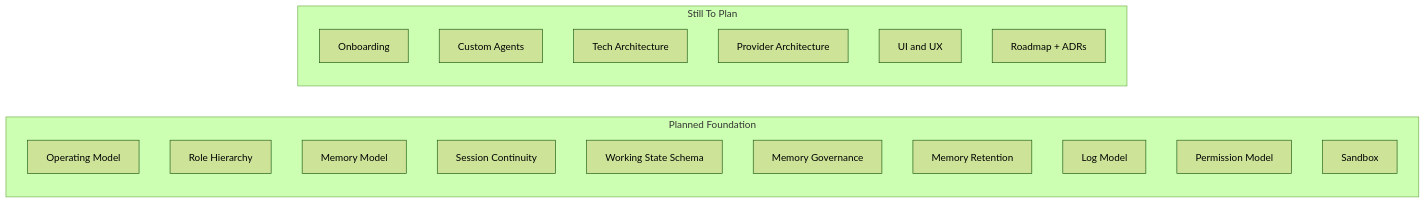
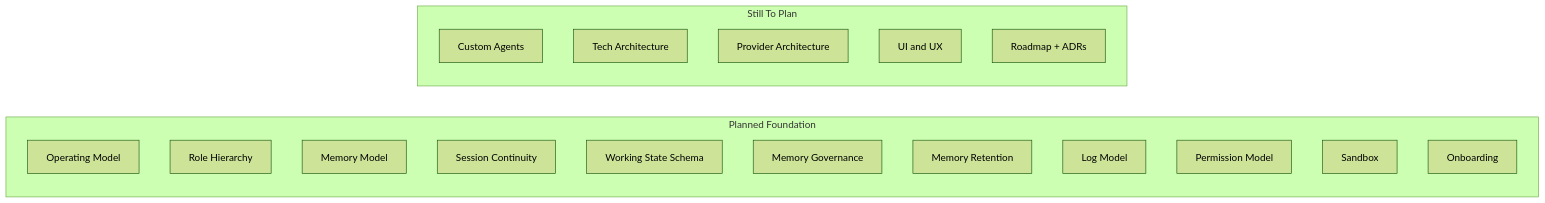
Before and after one commit to wessel05j/PAOS: the diagram in docs/planning-status.md, drawn with Mermaid (forest theme). The commit also changed other lines of this file and 4 other files, not shown here.

````diff
--- a/docs/planning-status.md
+++ b/docs/planning-status.md
@@ -49,24 +48,24 @@
 ```mermaid
 flowchart LR
     subgraph Stable["Planned Foundation"]
         OM[Operating Model]
         RH[Role Hierarchy]
         MM[Memory Model]
         SC[Session Continuity]
         WS[Working State Schema]
         MG[Memory Governance]
         MR[Memory Retention]
         LM[Log Model]
         PM[Permission Model]
         SB[Sandbox]
+        OB[Onboarding]
     end
 
     subgraph Open["Still To Plan"]
-        OB[Onboarding]
         CA[Custom Agents]
         TA[Tech Architecture]
         PA[Provider Architecture]
         UX[UI and UX]
         RD[Roadmap + ADRs]
     end
 ```
````
